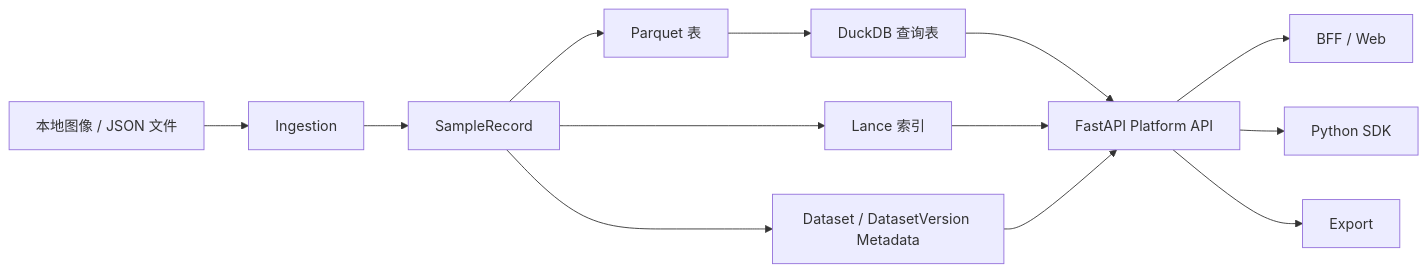
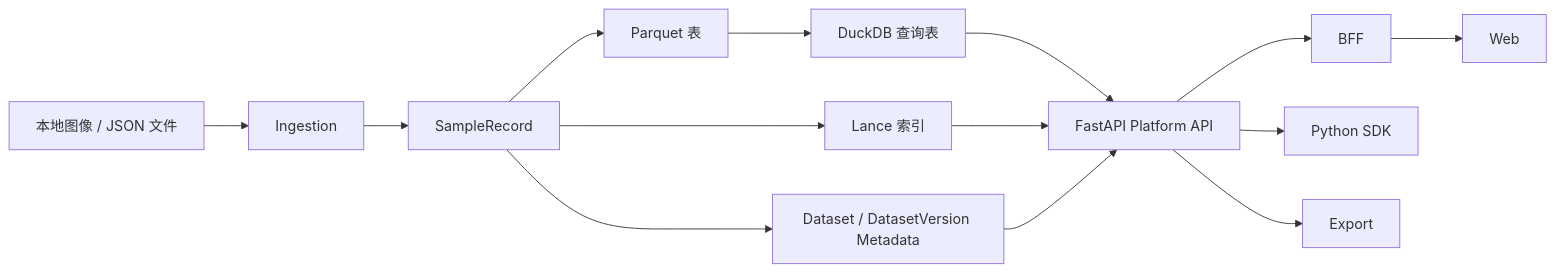
One commit to gray-cgm/ai-native-data-engine changed the second of 5 diagrams in docs/architecture/mermaid-diagrams.md. Above: the diagram before and after it, drawn with Mermaid. The commit also changed other lines of this file and 4 other files, not shown here.

````diff
--- a/docs/architecture/mermaid-diagrams.md
+++ b/docs/architecture/mermaid-diagrams.md
@@ -18,15 +18,16 @@
 ```mermaid
 flowchart LR
     A[本地图像 / JSON 文件] --> B[Ingestion]
     B --> C[SampleRecord]
     C --> D[Parquet 表]
     D --> E[DuckDB 查询表]
     C --> F[Lance 索引]
     C --> G[Dataset / DatasetVersion Metadata]
     E --> H[FastAPI Platform API]
     F --> H
     G --> H
-    H --> I[BFF / Web]
-    H --> J[Python SDK]
-    H --> K[Export]
+    H --> I[BFF]
+    I --> J[Web]
+    H --> K[Python SDK]
+    H --> L[Export]
 ```
````
